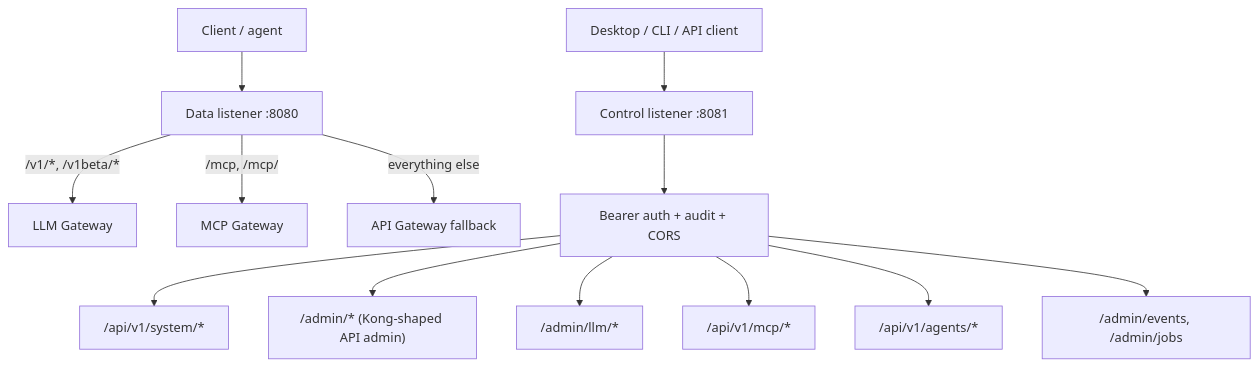
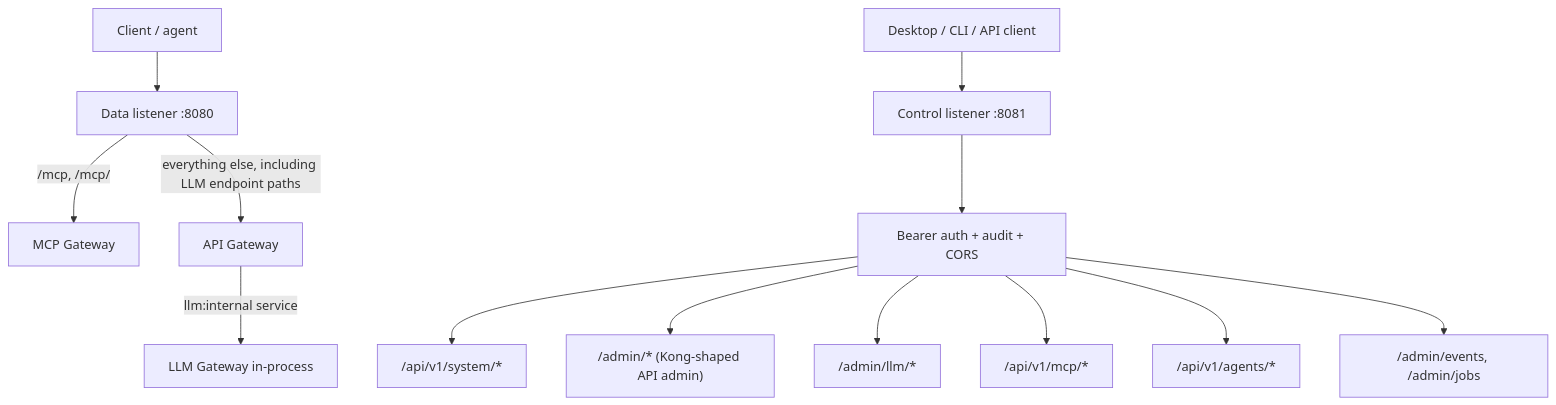
The diagram in .livingdocs/architecture/data-plane-dispatch.md (luozhouyang/octra), drawn with Mermaid before and after one commit. The commit also changed other lines of this file and 25 other files, not shown here.

First line of the commit message:
feat(llm): serve LLM traffic through the API gateway

````diff
--- a/.livingdocs/architecture/data-plane-dispatch.md
+++ b/.livingdocs/architecture/data-plane-dispatch.md
@@ -13,16 +13,16 @@
 ```mermaid
 flowchart TB
     Client[Client / agent] --> Data[Data listener :8080]
-    Data -->|/v1/*, /v1beta/*| LLM[LLM Gateway]
     Data -->|/mcp, /mcp/| MCP[MCP Gateway]
-    Data -->|everything else| API[API Gateway fallback]
+    Data -->|everything else, including LLM endpoint paths| API[API Gateway]
+    API -->|llm:internal service| LLM[LLM Gateway in-process]
 
     Operator[Desktop / CLI / API client] --> Control[Control listener :8081]
     Control --> Auth[Bearer auth + audit + CORS]
     Auth --> Core["/api/v1/system/*"]
     Auth --> APIAdmin["/admin/* (Kong-shaped API admin)"]
     Auth --> LLMAdmin["/admin/llm/*"]
     Auth --> MCPAdmin["/api/v1/mcp/*"]
     Auth --> Agents["/api/v1/agents/*"]
     Auth --> Events["/admin/events, /admin/jobs"]
 ```
````
